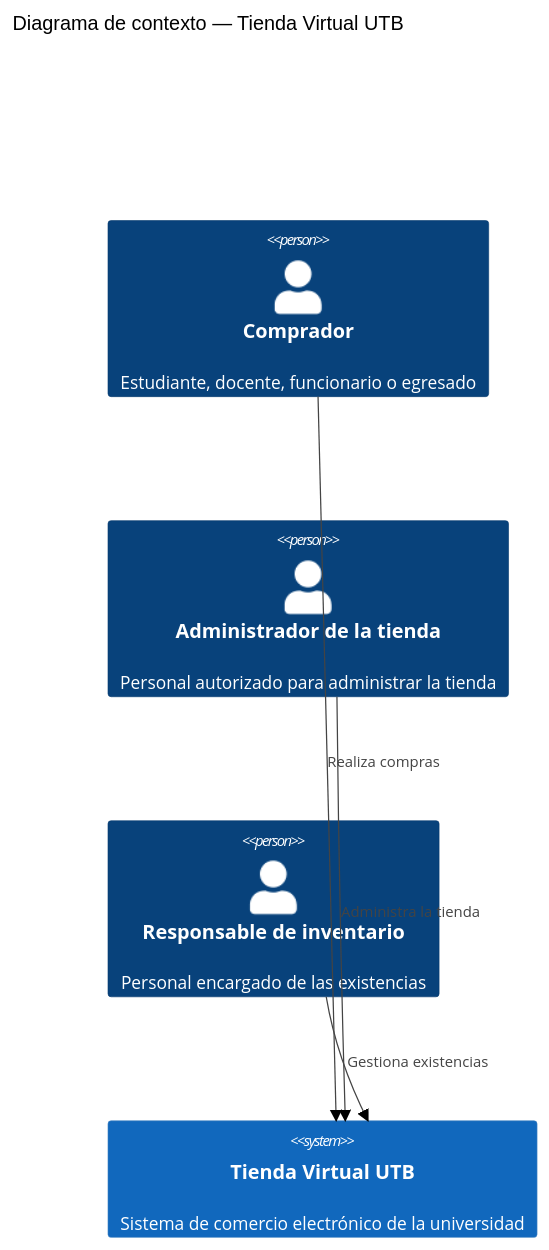
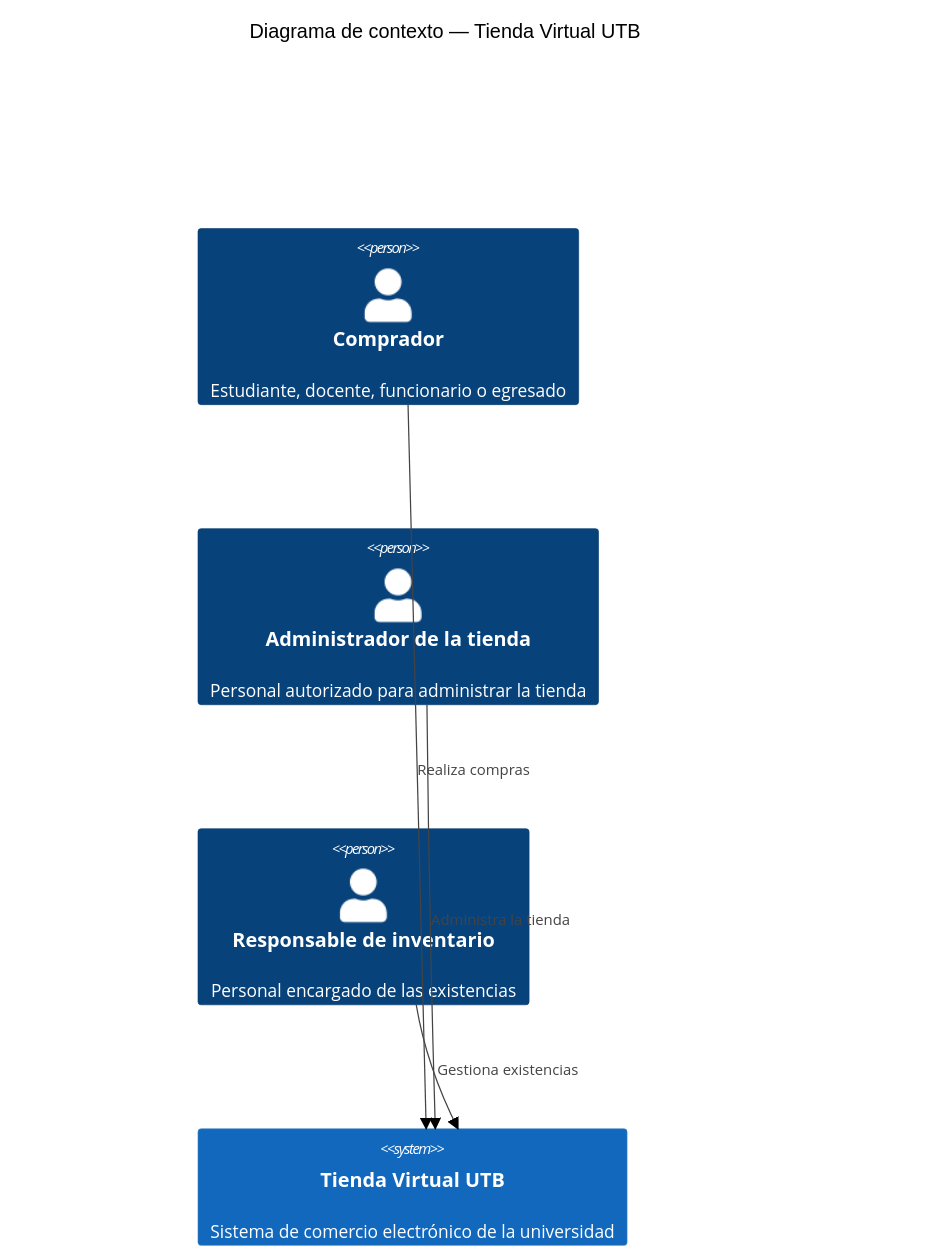
Before and after one commit to ISCOUTB/AS_202620_TIENDA-VIRTUAL-UTB: the diagram in docs/c4/context.md, drawn with Mermaid (forest theme).

Commit message:
Otra actualizacion

````diff
--- a/docs/c4/context.md
+++ b/docs/c4/context.md
@@ -9,16 +9,18 @@
 ```mermaid
 C4Context
     title Diagrama de contexto — Tienda Virtual UTB
 
     UpdateLayoutConfig($c4ShapeInRow="3", $c4BoundaryInRow="1")
 
     Person(comprador, "Comprador", "Estudiante, docente, funcionario o egresado")
     Person(admin, "Administrador de la tienda", "Personal autorizado para administrar la tienda")
     Person(inventario, "Responsable de inventario", "Personal encargado de las existencias")
 
+    System(espacio_izquierdo, "", "")
+    UpdateElementStyle(espacio_izquierdo, $bgColor="transparent", $fontColor="transparent", $borderColor="transparent")
     System(sistema, "Tienda Virtual UTB", "Sistema de comercio electrónico de la universidad")
 
     Rel_D(comprador, sistema, "Realiza compras")
     Rel_D(admin, sistema, "Administra la tienda")
     Rel_D(inventario, sistema, "Gestiona existencias")
 ```
````
